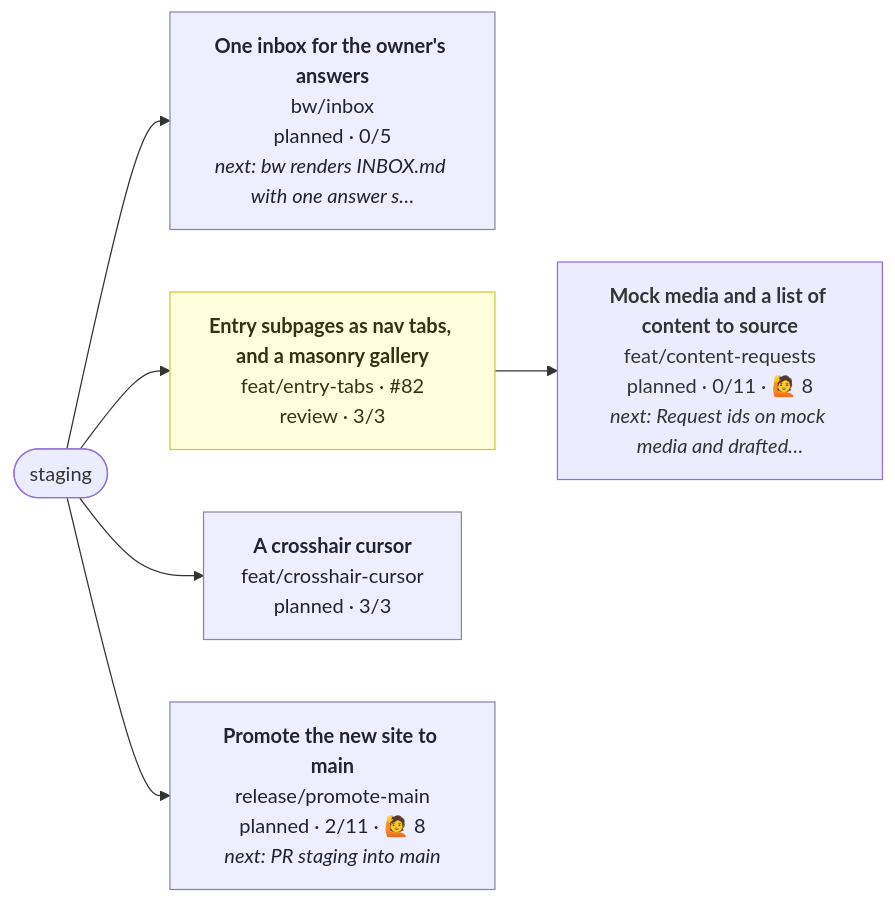
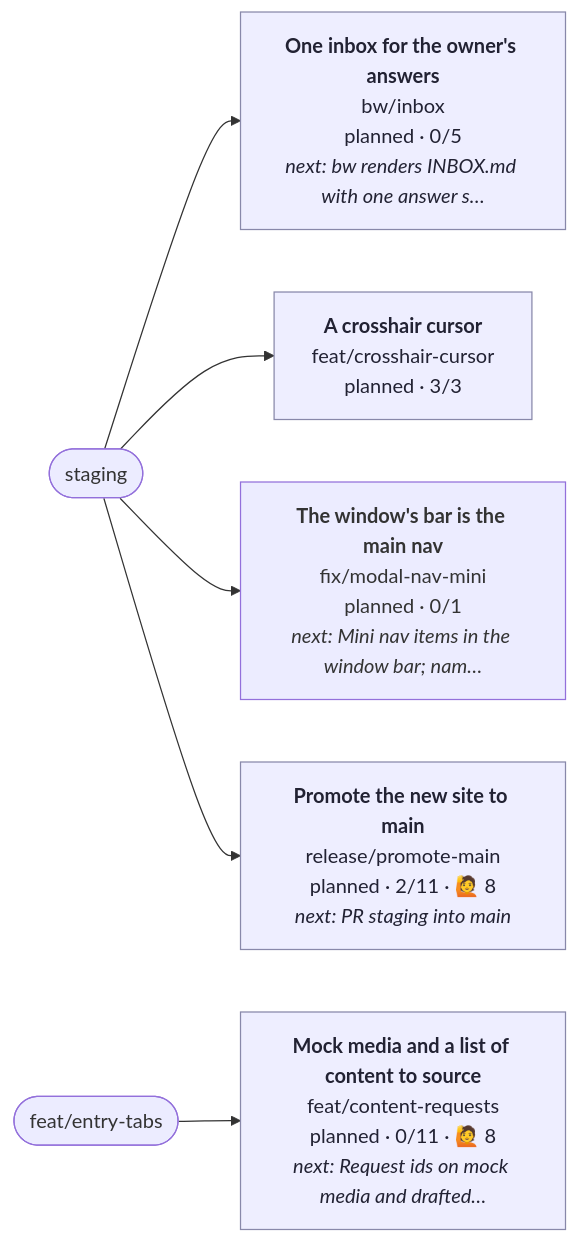
The diagram in CONTRIBUTING.md (henryjonescodes/portfolio), drawn with Mermaid before and after one commit. The commit also changed other lines of this file, not shown here.

````diff
--- a/CONTRIBUTING.md
+++ b/CONTRIBUTING.md
@@ -16,24 +17,25 @@
 ```mermaid
 flowchart LR
   n_staging([staging])
+  n_feat_entry_tabs([feat/entry-tabs])
   n_bw_inbox["<b>One inbox for the owner's answers</b><br/>bw/inbox<br/>planned · 0/5<br/><i>next: bw renders INBOX.md with one answer s…</i>"]
   class n_bw_inbox planned
   n_staging --> n_bw_inbox
   n_feat_content_requests["<b>Mock media and a list of content to source</b><br/>feat/content-requests<br/>planned · 0/11 · 🙋 8<br/><i>next: Request ids on mock media and drafted…</i>"]
-  class n_feat_content_requests planned,current
+  class n_feat_content_requests planned
   n_feat_entry_tabs --> n_feat_content_requests
   n_feat_crosshair_cursor["<b>A crosshair cursor</b><br/>feat/crosshair-cursor<br/>planned · 3/3"]
   class n_feat_crosshair_cursor planned
   n_staging --> n_feat_crosshair_cursor
-  n_feat_entry_tabs["<b>Entry subpages as nav tabs, and a masonry gallery</b><br/>feat/entry-tabs · #82<br/>review · 3/3"]
-  class n_feat_entry_tabs review
-  n_staging --> n_feat_entry_tabs
+  n_fix_modal_nav_mini["<b>The window's bar is the main nav</b><br/>fix/modal-nav-mini<br/>planned · 0/1<br/><i>next: Mini nav items in the window bar; nam…</i>"]
+  class n_fix_modal_nav_mini planned,current
+  n_staging --> n_fix_modal_nav_mini
   n_release_promote_main["<b>Promote the new site to main</b><br/>release/promote-main<br/>planned · 2/11 · 🙋 8<br/><i>next: PR staging into main</i>"]
   class n_release_promote_main planned
   n_staging --> n_release_promote_main
   classDef planned fill:#eef,stroke:#88a,color:#223
   classDef active fill:#dfd,stroke:#3a3,stroke-width:3px,color:#132
   classDef blocked fill:#fdd,stroke:#c33,color:#311
   classDef review fill:#ffd,stroke:#cc3,color:#331
   classDef current stroke:#06c,stroke-width:4px
 ```
````
